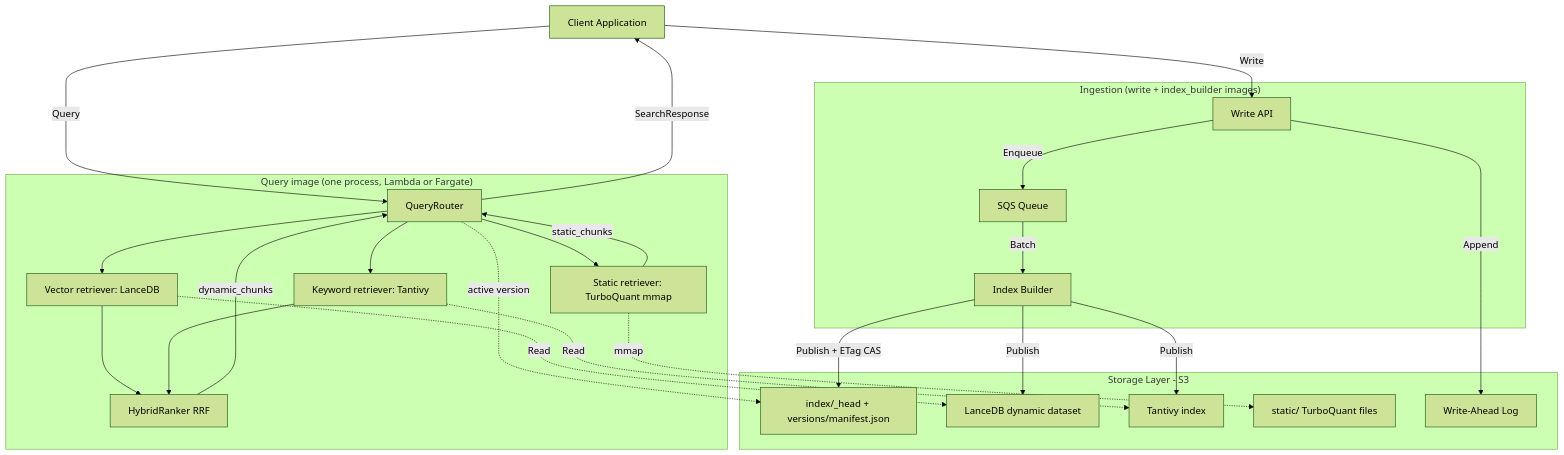
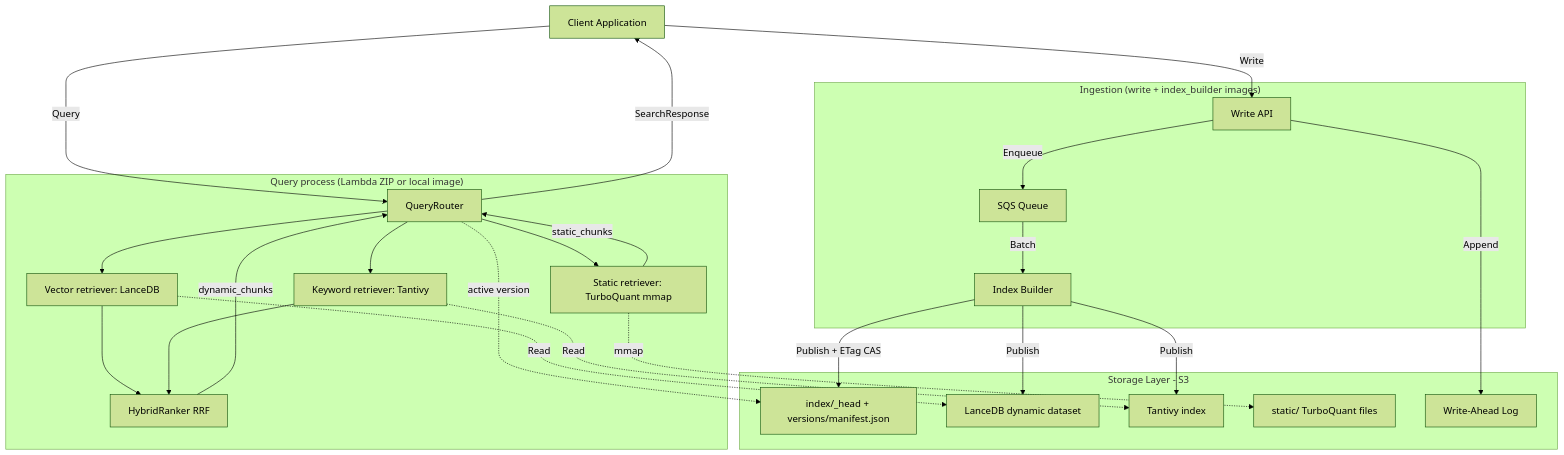
Before and after one commit to Lychee-Technology/LTSearch: the first of 2 diagrams in docs/design.md, drawn with Mermaid (forest theme). The commit also changed other lines of this file and 40 other files, not shown here.

First line of the commit message:
feat(release): 统一 local image 与 Lambda ZIP release artifacts (#113) (#146)

````diff
--- a/docs/design.md
+++ b/docs/design.md
@@ -42,49 +42,49 @@
 ```mermaid
 graph TB
     Client[Client Application]
 
-    subgraph "Query image (one process, Lambda or Fargate)"
+    subgraph "Query process (Lambda ZIP or local image)"
         Router[QueryRouter]
         Static[Static retriever: TurboQuant mmap]
         VectorR[Vector retriever: LanceDB]
         KeywordR[Keyword retriever: Tantivy]
         Ranker[HybridRanker RRF]
     end
 
     subgraph "Storage Layer - S3"
         Head[index/_head + versions/manifest.json]
         LanceData[LanceDB dynamic dataset]
         TantivyIndex[Tantivy index]
         StaticIdx[static/ TurboQuant files]
         WAL[Write-Ahead Log]
     end
 
     subgraph "Ingestion (write + index_builder images)"
         WriteAPI[Write API]
         Queue[SQS Queue]
         IndexBuilder[Index Builder]
     end
 
     Client -->|Query| Router
     Router --> Static
     Router --> VectorR
     Router --> KeywordR
     VectorR --> Ranker
     KeywordR --> Ranker
     Ranker -->|dynamic_chunks| Router
     Static -->|static_chunks| Router
     Router -->|SearchResponse| Client
 
     Static -.->|mmap| StaticIdx
     VectorR -.->|Read| LanceData
     KeywordR -.->|Read| TantivyIndex
     Router -.->|active version| Head
 
     Client -->|Write| WriteAPI
     WriteAPI -->|Append| WAL
     WriteAPI -->|Enqueue| Queue
     Queue -->|Batch| IndexBuilder
     IndexBuilder -->|Publish + ETag CAS| Head
     IndexBuilder -->|Publish| LanceData
     IndexBuilder -->|Publish| TantivyIndex
 ```
````
